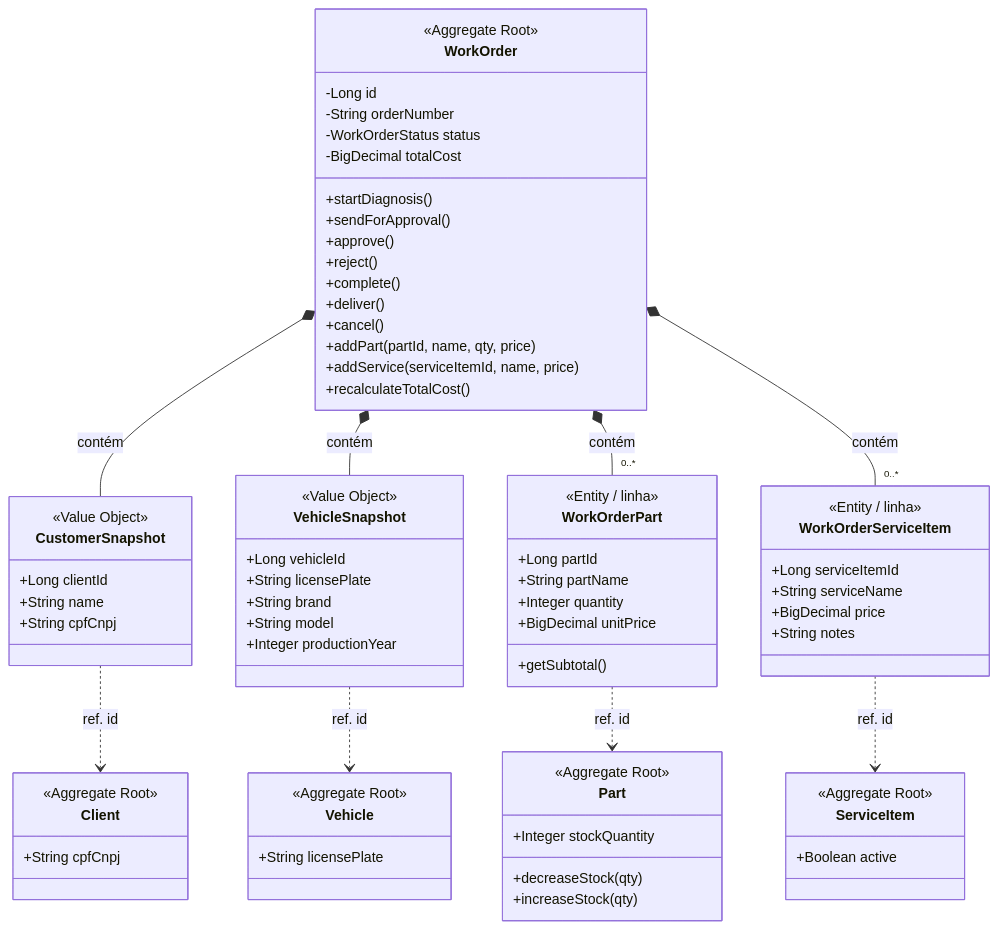
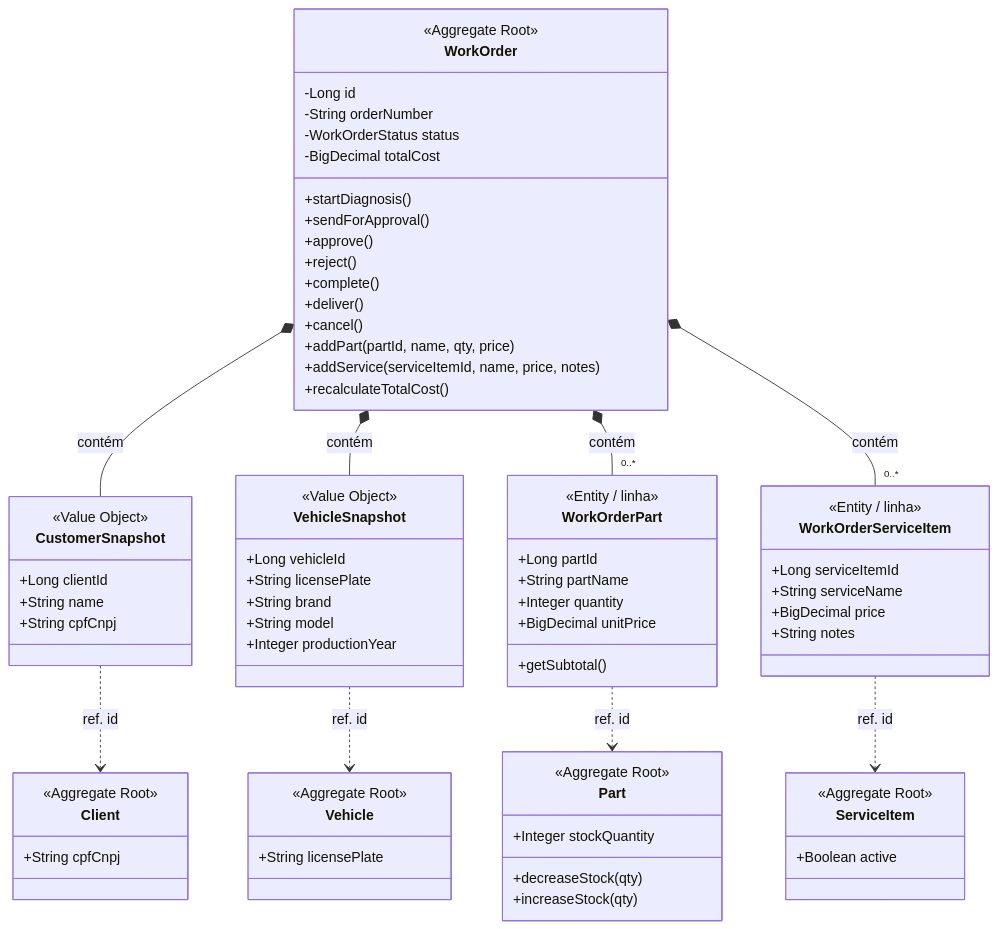
One commit to victorduarte31/tech-challenge-fiap changed the second of 6 diagrams in oficina/docs/DDD.md. Above: the diagram before and after it, drawn with Mermaid. The commit also changed other lines of this file and 3 other files, not shown here.

````diff
--- a/oficina/docs/DDD.md
+++ b/oficina/docs/DDD.md
@@ -76,76 +107,76 @@
 ```mermaid
 classDiagram
     class WorkOrder {
         <<Aggregate Root>>
         -Long id
         -String orderNumber
         -WorkOrderStatus status
         -BigDecimal totalCost
         +startDiagnosis()
         +sendForApproval()
         +approve()
         +reject()
         +complete()
         +deliver()
         +cancel()
         +addPart(partId, name, qty, price)
-        +addService(serviceItemId, name, price)
+        +addService(serviceItemId, name, price, notes)
         +recalculateTotalCost()
     }
     class CustomerSnapshot {
         <<Value Object>>
         +Long clientId
         +String name
         +String cpfCnpj
     }
     class VehicleSnapshot {
         <<Value Object>>
         +Long vehicleId
         +String licensePlate
         +String brand
         +String model
         +Integer productionYear
     }
     class WorkOrderPart {
         <<Entity / linha>>
         +Long partId
         +String partName
         +Integer quantity
         +BigDecimal unitPrice
         +getSubtotal()
     }
     class WorkOrderServiceItem {
         <<Entity / linha>>
         +Long serviceItemId
         +String serviceName
         +BigDecimal price
         +String notes
     }
     class Client {
         <<Aggregate Root>>
         +String cpfCnpj
     }
     class Vehicle {
         <<Aggregate Root>>
         +String licensePlate
     }
     class Part {
         <<Aggregate Root>>
         +Integer stockQuantity
         +decreaseStock(qty)
         +increaseStock(qty)
     }
     class ServiceItem {
         <<Aggregate Root>>
         +Boolean active
     }
 
     WorkOrder *-- CustomerSnapshot : contém
     WorkOrder *-- VehicleSnapshot : contém
     WorkOrder *-- "0..*" WorkOrderPart : contém
     WorkOrder *-- "0..*" WorkOrderServiceItem : contém
     CustomerSnapshot ..> Client : ref. id
     VehicleSnapshot ..> Vehicle : ref. id
     WorkOrderPart ..> Part : ref. id
     WorkOrderServiceItem ..> ServiceItem : ref. id
 ```
````
